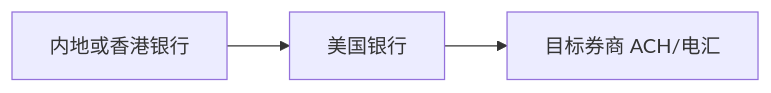
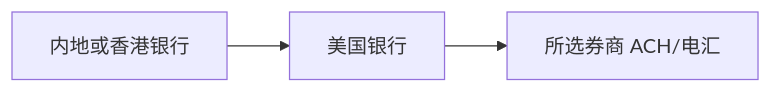
Before and after one commit to kola-official/Chinese-invest-USA-Stock: the second of 2 diagrams in docs/04-入金路径.md, drawn with Mermaid. The commit also changed other lines of this file and 7 other files, not shown here.

````diff
--- a/docs/04-入金路径.md
+++ b/docs/04-入金路径.md
@@ -40,5 +40,5 @@
 ```mermaid
 flowchart LR
   A["内地或香港银行"] --> B["美国银行"]
-  B --> C["目标券商 ACH/电汇"]
+  B --> C["所选券商 ACH/电汇"]
 ```
````
